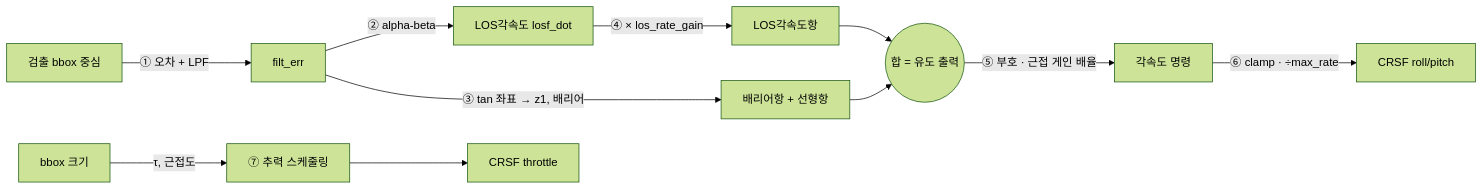
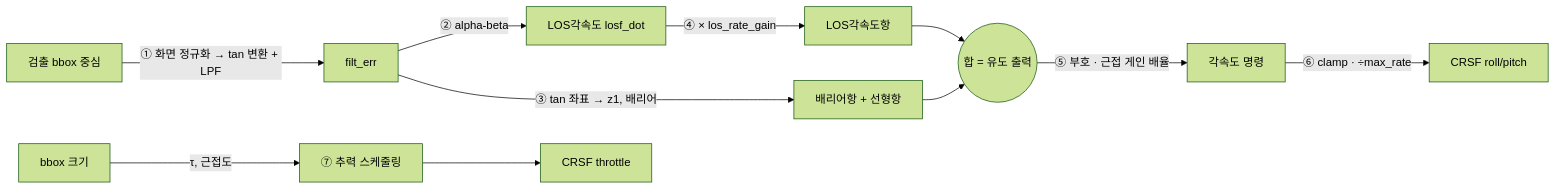
The diagram in SW/docs/IBVS_CONTROL.md (IN-AIR-KR/26_HC056), drawn with Mermaid (forest theme) before and after one commit. The commit also changed other lines of this file and 9 other files, not shown here.

````diff
--- a/SW/docs/IBVS_CONTROL.md
+++ b/SW/docs/IBVS_CONTROL.md
@@ -21,13 +21,13 @@
 ```mermaid
 flowchart LR
-  A[검출 bbox 중심] -->|"① 오차 + LPF"| B[filt_err]
+  A[검출 bbox 중심] -->|"① 화면 정규화 → tan 변환 + LPF"| B[filt_err]
   B -->|"② alpha-beta"| C[LOS각속도 losf_dot]
   B -->|"③ tan 좌표 → z1, 배리어"| D[배리어항 + 선형항]
   C -->|"④ × los_rate_gain"| E[LOS각속도항]
   D --> F((합 = 유도 출력))
   E --> F
   F -->|"⑤ 부호 · 근접 게인 배율"| G[각속도 명령]
   G -->|"⑥ clamp · ÷max_rate"| H[CRSF roll/pitch]
   I[bbox 크기] -->|"τ, 근접도"| J[⑦ 추력 스케줄링]
   J --> K[CRSF throttle]
 ```
````
